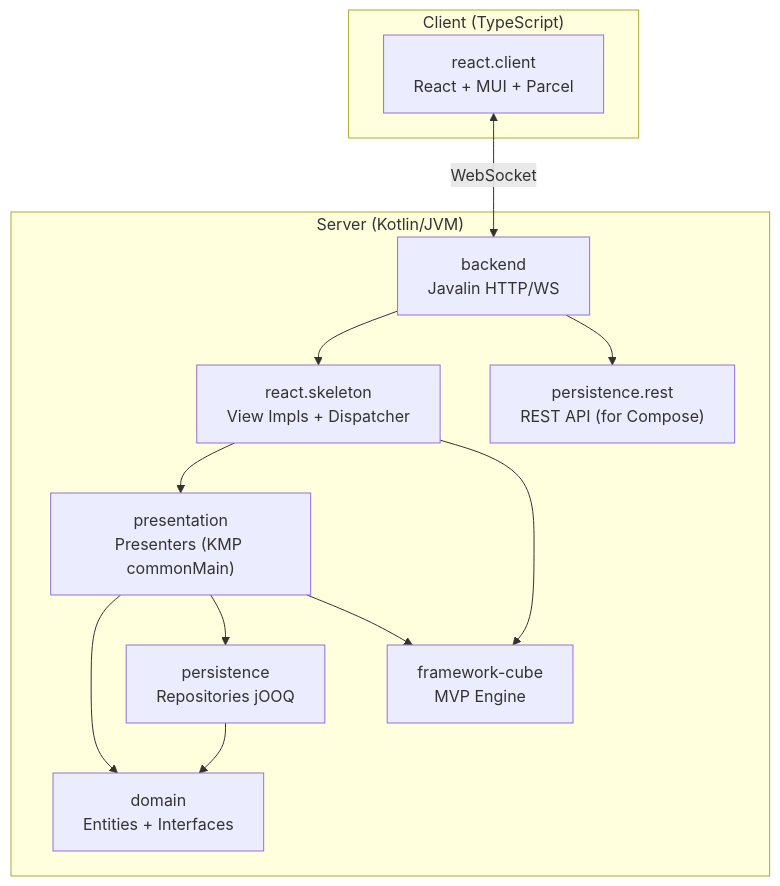
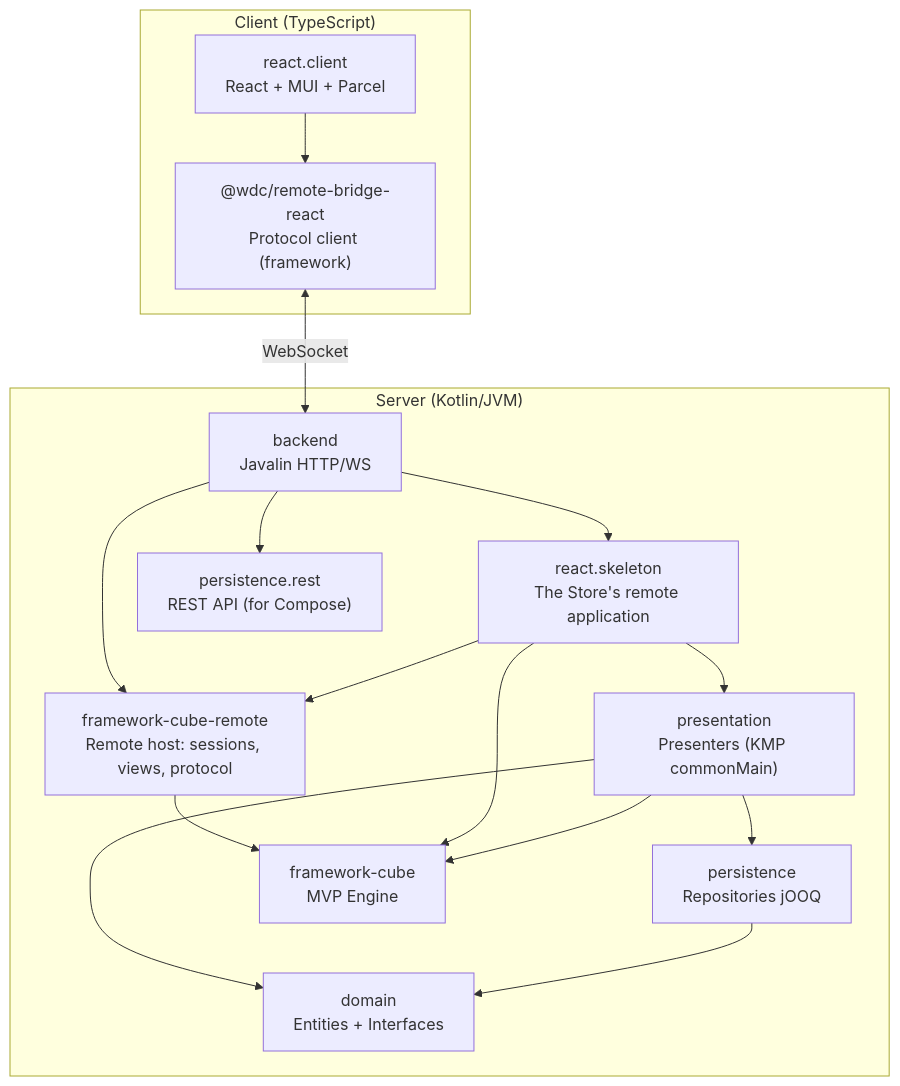
The third of 9 diagrams in docs/architecture-react.md (mrcdom/wdc-cube-kotlin), drawn with Mermaid before and after one commit. The commit also changed other lines of this file and 89 other files, not shown here.

First line of the commit message:
feat(framework): framework-cube-remote and @wdc/remote-bridge-react, the remote host extracted from the Store

````diff
--- a/docs/architecture-react.md
+++ b/docs/architecture-react.md
@@ -87,26 +87,32 @@
 ```mermaid
 graph TB
     subgraph "Client (TypeScript)"
         RC["react.client<br/>React + MUI + Parcel"]
+        BRG["@wdc/remote-bridge-react<br/>Protocol client (framework)"]
     end
 
     subgraph "Server (Kotlin/JVM)"
         BACK["backend<br/>Javalin HTTP/WS"]
-        SKEL["react.skeleton<br/>View Impls + Dispatcher"]
+        SKEL["react.skeleton<br/>The Store's remote application"]
+        FCR["framework-cube-remote<br/>Remote host: sessions, views, protocol"]
         PRES["presentation<br/>Presenters (KMP commonMain)"]
         PERS["persistence<br/>Repositories jOOQ"]
         PERSR["persistence.rest<br/>REST API (for Compose)"]
         DOM["domain<br/>Entities + Interfaces"]
         CUBE["framework-cube<br/>MVP Engine"]
     end
 
-    RC <-->|WebSocket| BACK
+    RC --> BRG
+    BRG <-->|WebSocket| BACK
     BACK --> SKEL
+    BACK --> FCR
+    SKEL --> FCR
+    FCR --> CUBE
     BACK --> PERSR
     SKEL --> PRES
     PRES --> DOM
     PRES --> PERS
     PERS --> DOM
     SKEL --> CUBE
     PRES --> CUBE
 ```
````
